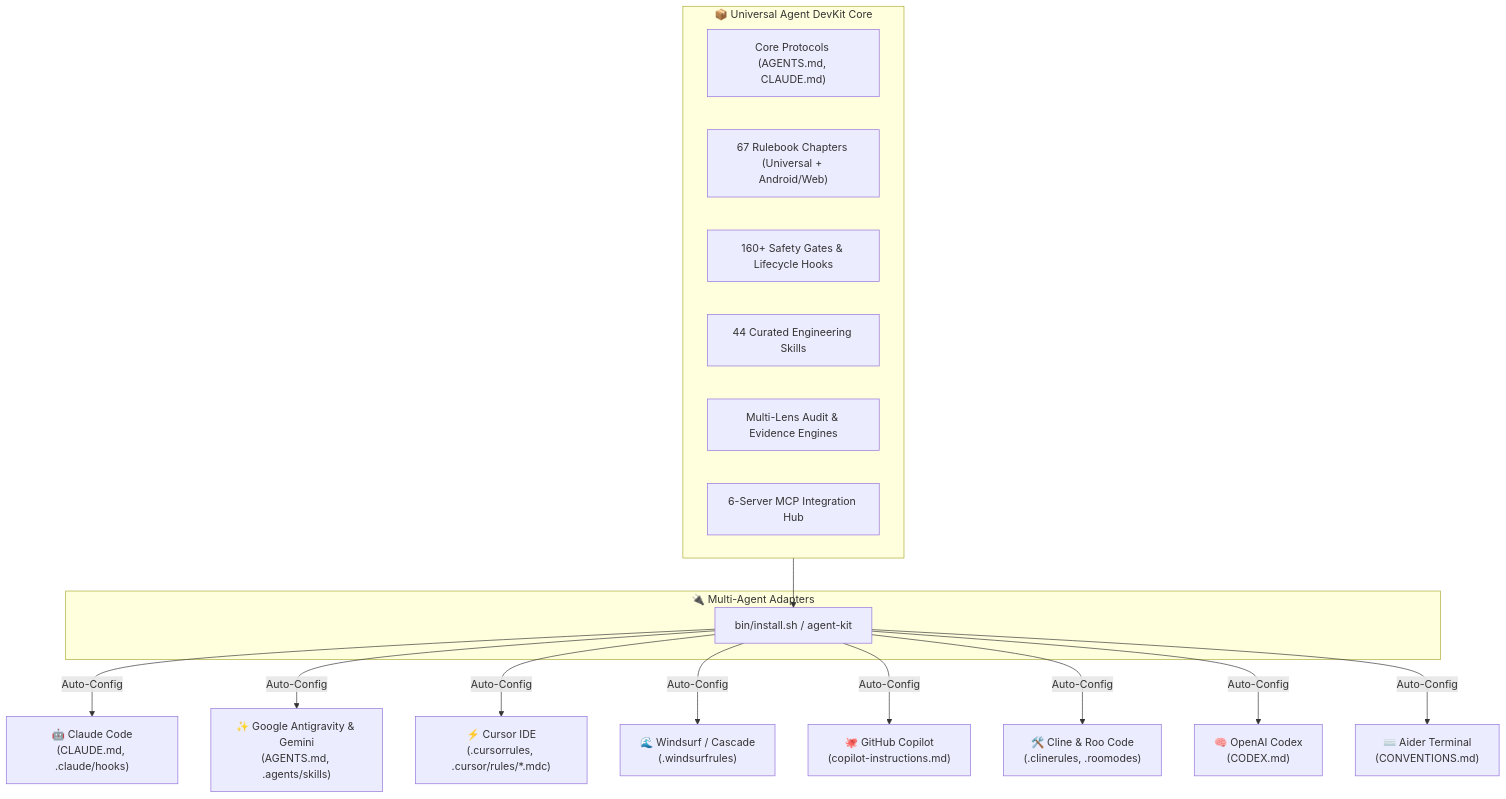
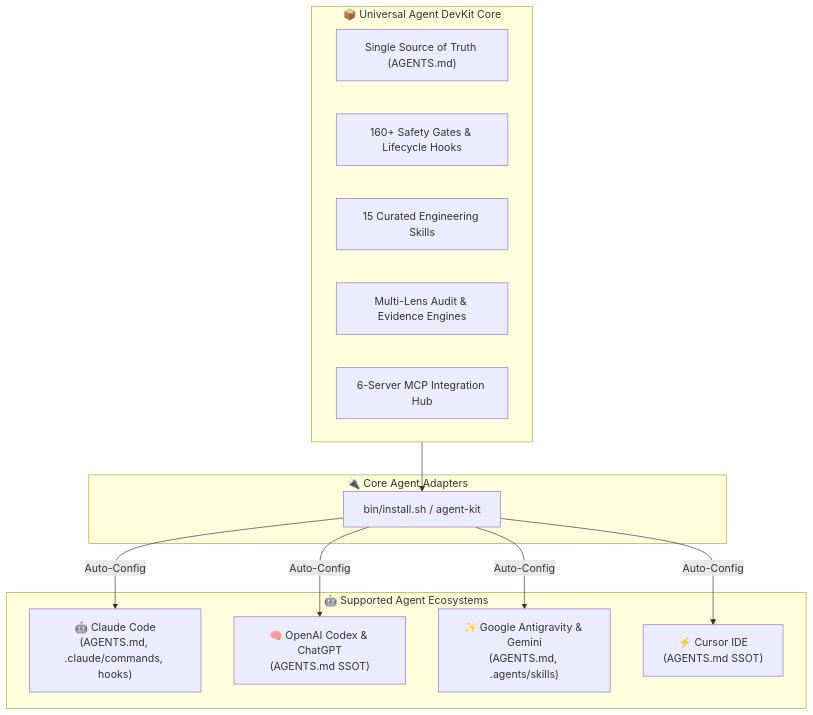
The diagram in README.vi.md (ToanMobile/universal-agent-devkit), drawn with Mermaid before and after one commit. The commit also changed other lines of this file and 654 other files, not shown here.

Commit message:
feat: tích hợp 50 audit agents, bộ chuyển đổi 3 profiles động (xe hơi, android, game) và open-code-review v1.12.9

````diff
--- a/README.vi.md
+++ b/README.vi.md
@@ -95,26 +82,28 @@
 ```mermaid
 graph TD
     subgraph DevKit_Core ["📦 Universal Agent DevKit Core"]
-        CoreRules["Core Protocols (AGENTS.md, CLAUDE.md)"]
-        Rulebook["67 Rulebook Chapters (Universal + Android/Web)"]
+        Rulebook["Single Source of Truth (AGENTS.md)"]
         Gates["160+ Safety Gates & Lifecycle Hooks"]
-        SkillsCatalog["44 Curated Engineering Skills"]
+        SkillsCatalog["15 Curated Engineering Skills"]
         Workflows["Multi-Lens Audit & Evidence Engines"]
         MCPHub["6-Server MCP Integration Hub"]
     end
 
-    subgraph Adapters ["🔌 Multi-Agent Adapters"]
+    subgraph Adapters ["🔌 Core Agent Adapters"]
         Installer["bin/install.sh / agent-kit"]
     end
 
+    subgraph Coding_Agents ["🤖 Supported Agent Ecosystems"]
+        Claude["🤖 Claude Code<br/>(AGENTS.md, .claude/commands, hooks)"]
+        Codex["🧠 OpenAI Codex & ChatGPT<br/>(AGENTS.md SSOT)"]
+        Gemini["✨ Google Antigravity & Gemini<br/>(AGENTS.md, .agents/skills)"]
+        Cursor["⚡ Cursor IDE<br/>(AGENTS.md SSOT)"]
+    end
+
+    Installer -->|Auto-Config| Claude
+    Installer -->|Auto-Config| Codex
+    Installer -->|Auto-Config| Gemini
+    Installer -->|Auto-Config| Cursor
+
     DevKit_Core --> Installer
-
-    Installer -->|Auto-Config| Claude["🤖 Claude Code<br/>(CLAUDE.md, .claude/hooks)"]
-    Installer -->|Auto-Config| Gemini["✨ Google Antigravity & Gemini<br/>(AGENTS.md, .agents/skills)"]
-    Installer -->|Auto-Config| Cursor["⚡ Cursor IDE<br/>(.cursorrules, .cursor/rules/*.mdc)"]
-    Installer -->|Auto-Config| Windsurf["🌊 Windsurf / Cascade<br/>(.windsurfrules)"]
-    Installer -->|Auto-Config| Copilot["🐙 GitHub Copilot<br/>(copilot-instructions.md)"]
-    Installer -->|Auto-Config| Cline["🛠️ Cline & Roo Code<br/>(.clinerules, .roomodes)"]
-    Installer -->|Auto-Config| Codex["🧠 OpenAI Codex<br/>(CODEX.md)"]
-    Installer -->|Auto-Config| Aider["⌨️ Aider Terminal<br/>(CONVENTIONS.md)"]
 ```
````
